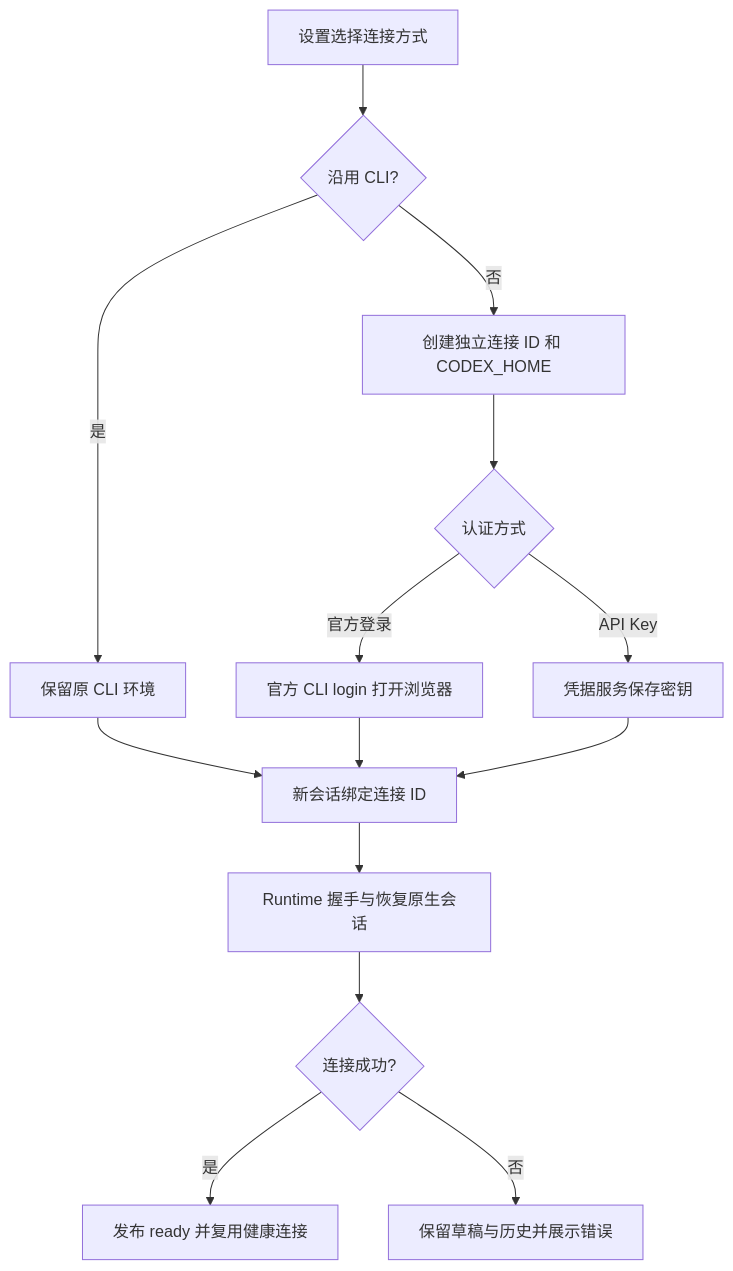
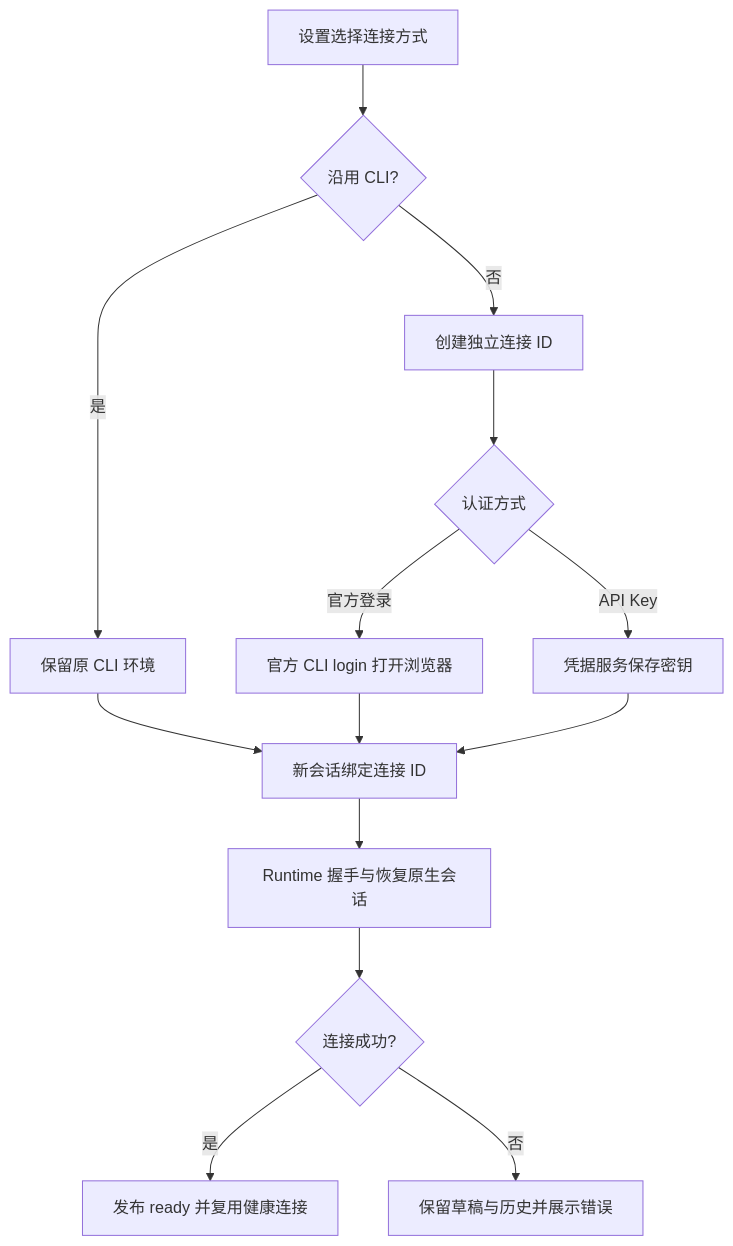
Before and after one commit to OpenX123/ZCode: the second of 12 diagrams in docs/desktop/external-agent-engines-spec.md, drawn with Mermaid. The commit also changed other lines of this file and 6 other files, not shown here.

````diff
--- a/docs/desktop/external-agent-engines-spec.md
+++ b/docs/desktop/external-agent-engines-spec.md
@@ -15,16 +123,16 @@
 ```mermaid
 flowchart TD
   A[设置选择连接方式] --> B{沿用 CLI?}
   B -->|是| C[保留原 CLI 环境]
-  B -->|否| D[创建独立连接 ID 和 CODEX_HOME]
+  B -->|否| D[创建独立连接 ID]
   D --> E{认证方式}
   E -->|官方登录| F[官方 CLI login 打开浏览器]
   E -->|API Key| G[凭据服务保存密钥]
   C --> H[新会话绑定连接 ID]
   F --> H
   G --> H
   H --> I[Runtime 握手与恢复原生会话]
   I --> J{连接成功?}
   J -->|是| K[发布 ready 并复用健康连接]
   J -->|否| L[保留草稿与历史并展示错误]
 ```
````
